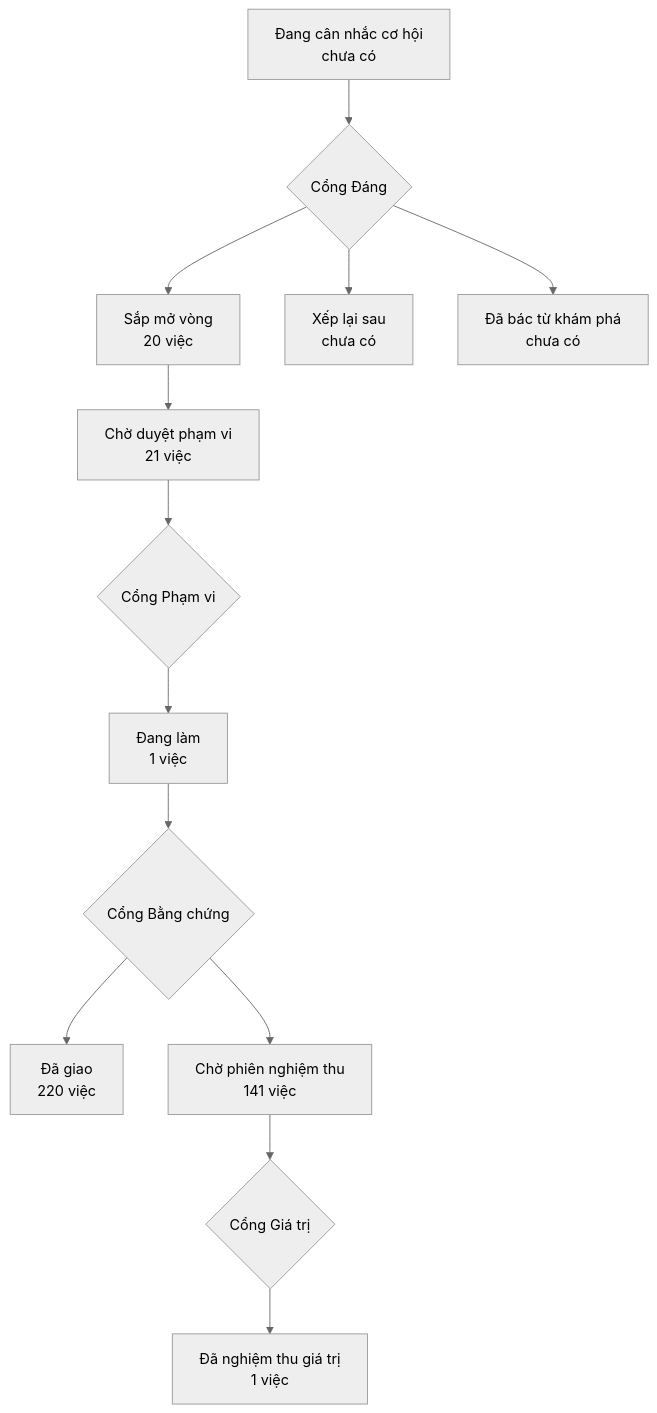
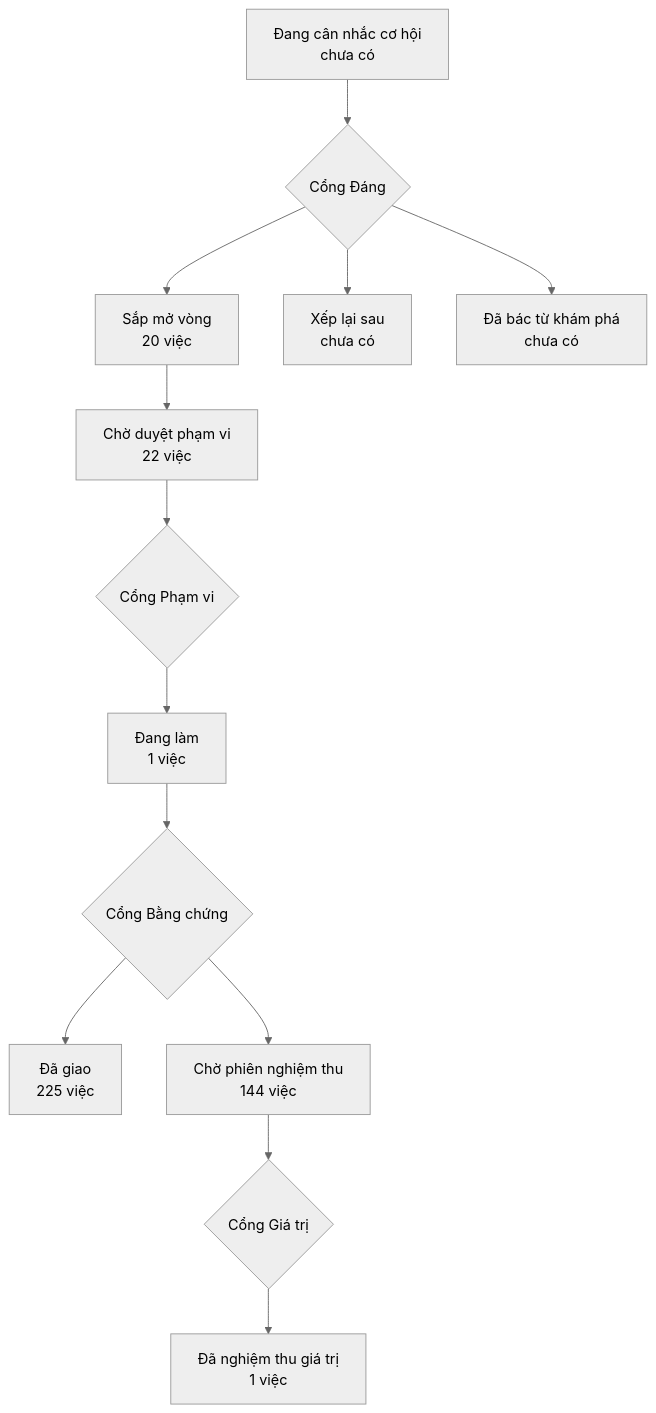
One commit to phanlemanh/onehub-invest changed the diagram in PRODUCT-MAP.md. Above: the diagram before and after it, drawn with Mermaid (neutral theme). The commit also changed other lines of this file and 1 other file, not shown here.

````diff
--- a/PRODUCT-MAP.md
+++ b/PRODUCT-MAP.md
@@ -7,12 +7,12 @@
 ```mermaid
 flowchart TD
   A["Đang cân nhắc cơ hội<br/>chưa có"] --> GD{"Cổng Đáng"}
   GD --> B["Sắp mở vòng<br/>20 việc"]
   GD --> XL["Xếp lại sau<br/>chưa có"]
   GD --> DB["Đã bác từ khám phá<br/>chưa có"]
-  B --> CD["Chờ duyệt phạm vi<br/>21 việc"] --> GP{"Cổng Phạm vi"}
+  B --> CD["Chờ duyệt phạm vi<br/>22 việc"] --> GP{"Cổng Phạm vi"}
   GP --> DL["Đang làm<br/>1 việc"] --> GB{"Cổng Bằng chứng"}
-  GB --> DG["Đã giao<br/>220 việc"]
-  GB --> CN["Chờ phiên nghiệm thu<br/>141 việc"] --> GG{"Cổng Giá trị"}
+  GB --> DG["Đã giao<br/>225 việc"]
+  GB --> CN["Chờ phiên nghiệm thu<br/>144 việc"] --> GG{"Cổng Giá trị"}
   GG --> NT["Đã nghiệm thu giá trị<br/>1 việc"]
 ```
````
